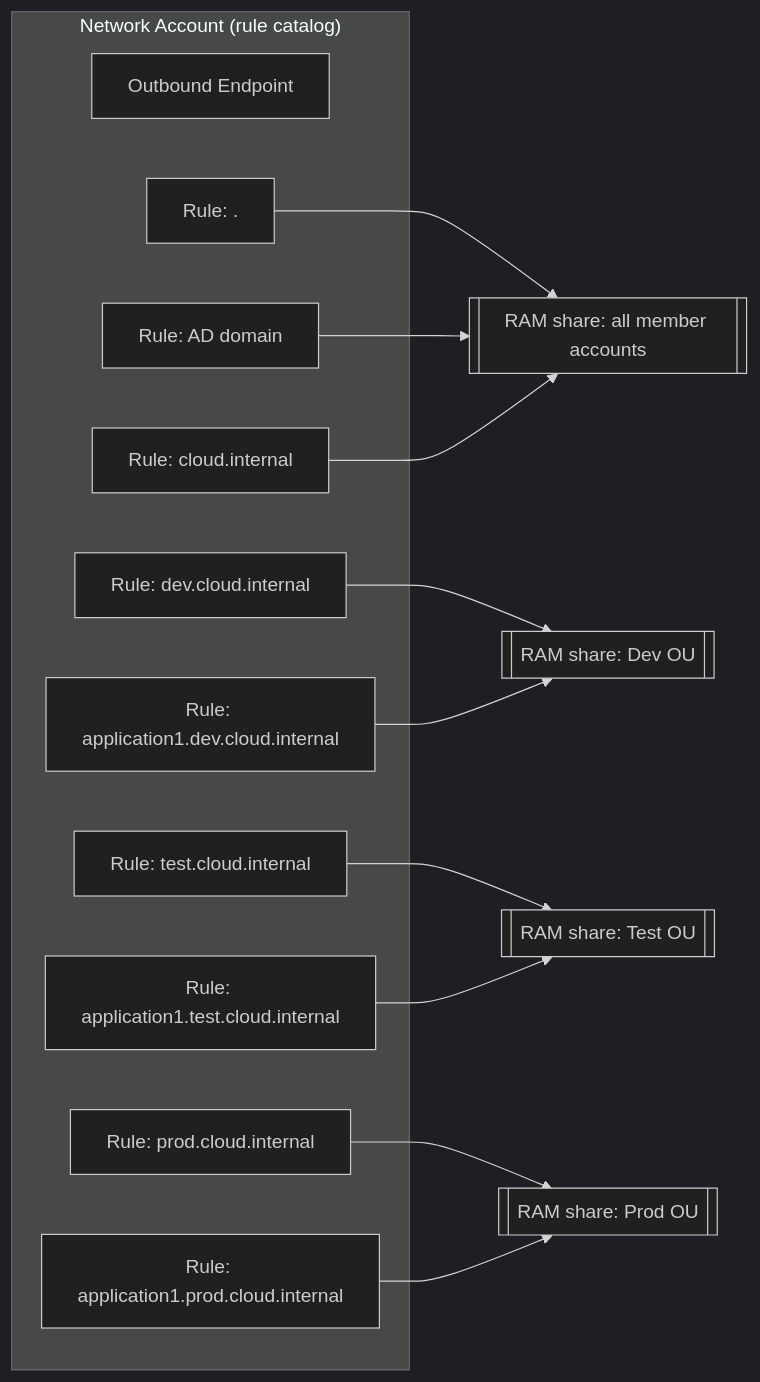
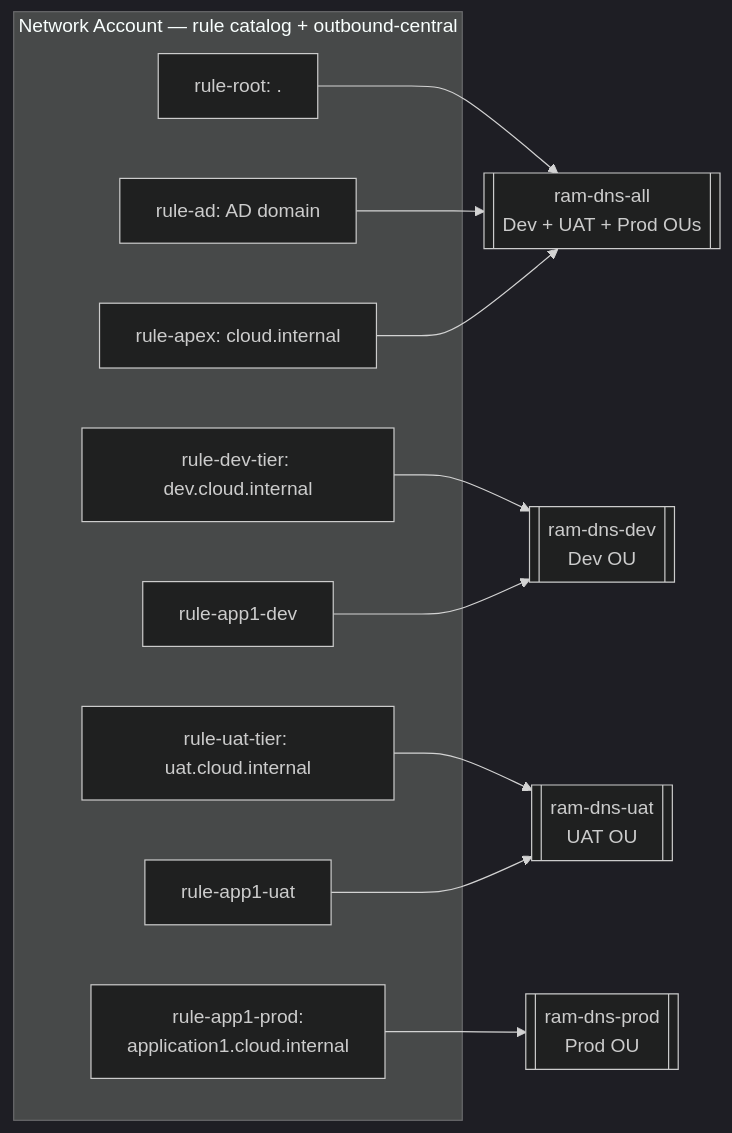
Before and after one commit to joshuamfrancis/Wikis: the second of 3 diagrams in dnsResolution/private-hosted-zones.md, drawn with Mermaid (dark theme). The commit also changed other lines of this file, not shown here.

````diff
--- a/dnsResolution/private-hosted-zones.md
+++ b/dnsResolution/private-hosted-zones.md
@@ -182,33 +391,27 @@
 ```mermaid
 graph LR
-    subgraph NetAcct["Network Account (rule catalog)"]
-        OUT[Outbound Endpoint]
-        R_ROOT[Rule: .]
-        R_AD[Rule: AD domain]
-        R_APEX[Rule: cloud.internal]
-        R_DEV[Rule: dev.cloud.internal]
-        R_TEST[Rule: test.cloud.internal]
-        R_PROD[Rule: prod.cloud.internal]
-        R_A1D[Rule: application1.dev.cloud.internal]
-        R_A1T[Rule: application1.test.cloud.internal]
-        R_A1P[Rule: application1.prod.cloud.internal]
+    subgraph NET["Network Account — rule catalog + outbound-central"]
+        R_ROOT["rule-root: ."]
+        R_AD["rule-ad: AD domain"]
+        R_APEX["rule-apex: cloud.internal"]
+        R_DEVT["rule-dev-tier: dev.cloud.internal"]
+        R_UATT["rule-uat-tier: uat.cloud.internal"]
+        R_A1D["rule-app1-dev"]
+        R_A1U["rule-app1-uat"]
+        R_A1P["rule-app1-prod:<br/>application1.cloud.internal"]
     end
 
-    RAM_ALL[["RAM share: all member accounts"]]
-    RAM_DEV[["RAM share: Dev OU"]]
-    RAM_TEST[["RAM share: Test OU"]]
-    RAM_PROD[["RAM share: Prod OU"]]
+    RAM_ALL[["ram-dns-all<br/>Dev + UAT + Prod OUs"]]
+    RAM_DEV[["ram-dns-dev<br/>Dev OU"]]
+    RAM_UAT[["ram-dns-uat<br/>UAT OU"]]
+    RAM_PROD[["ram-dns-prod<br/>Prod OU"]]
 
     R_ROOT --> RAM_ALL
     R_AD --> RAM_ALL
     R_APEX --> RAM_ALL
-
-    R_DEV --> RAM_DEV
+    R_DEVT --> RAM_DEV
     R_A1D --> RAM_DEV
-
-    R_TEST --> RAM_TEST
-    R_A1T --> RAM_TEST
-
-    R_PROD --> RAM_PROD
+    R_UATT --> RAM_UAT
+    R_A1U --> RAM_UAT
     R_A1P --> RAM_PROD
 ```
````
